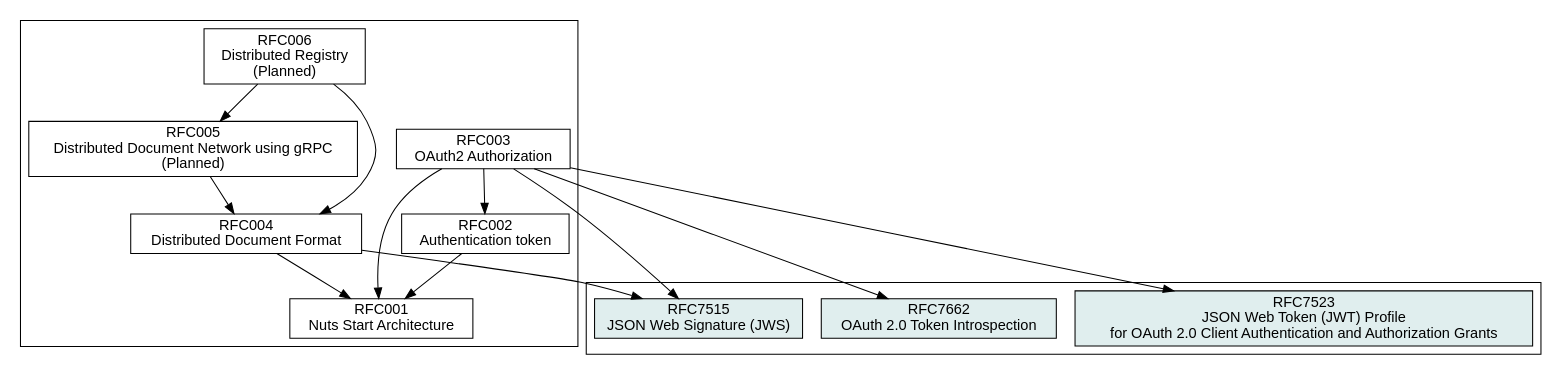
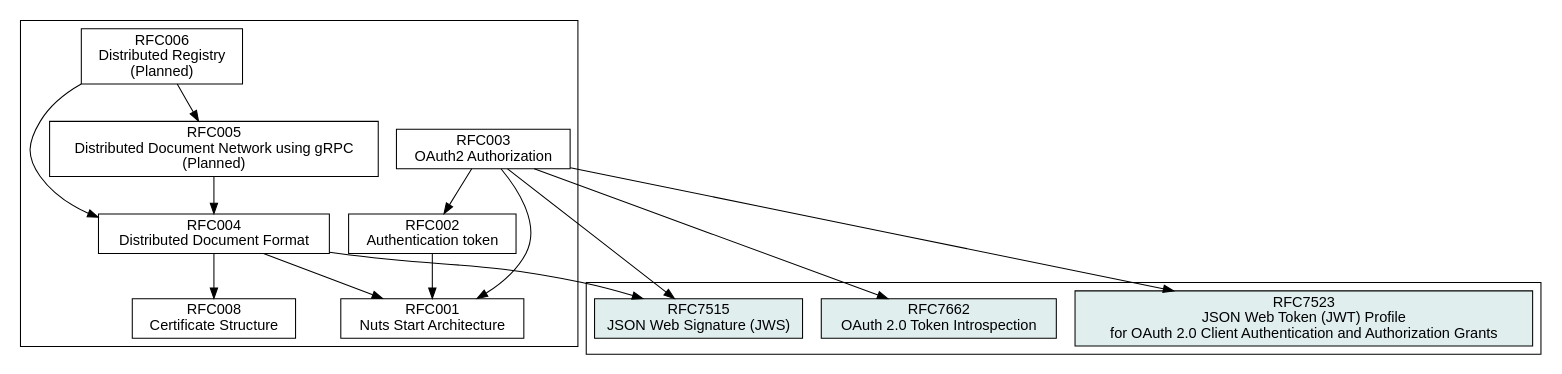
The diagram in images/spec-relations.dot (nuts-foundation/nuts-specification), drawn with Graphviz before and after one commit. The commit also changed 1 other file, not shown here.

Commit message:
Updated dep graph

```diff
--- a/images/spec-relations.dot
+++ b/images/spec-relations.dot
@@ -1,40 +1,42 @@
 digraph D {
     graph [fontname = "helvetica"];
     node [fontname = "helvetica",shape=box];
     edge [fontname = "helvetica"];
     root = RFC001;
     overlap = false;
 
     // Internal RFCs
     subgraph cluster_internal {
         RFC001 [label = "RFC001\nNuts Start Architecture",href = "rfc001-nuts-start-architecture"];
         RFC002 [label = "RFC002\nAuthentication token",href = "rfc002-authentication-token"];
         RFC003 [label = "RFC003\nOAuth2 Authorization",href = "rfc003-oauth2-authorization"];
         RFC004 [label = "RFC004\nDistributed Document Format",href = "rfc004-distributed-document-format"];
         RFC005 [label = "RFC005\nDistributed Document Network using gRPC\n(Planned)",href = "rfc005-distributed-document-network-grpc"];
         RFC006 [label = "RFC006\nDistributed Registry\n(Planned)",href = "rfc006-distributed-registry"];
+        RFC008 [label = "RFC008\nCertificate Structure",href = "rfc008-certificate-structure"];
     }
 
     // External RFCs
     subgraph cluster_external {
         RFC7662_EXT [label = "RFC7662\nOAuth 2.0 Token Introspection", fillcolor=azure2, style=filled, href = "https://tools.ietf.org/html/rfc7662"]
         RFC7523_EXT [label = "RFC7523\nJSON Web Token (JWT) Profile\nfor OAuth 2.0 Client Authentication and Authorization Grants", fillcolor=azure2, style=filled, href = "https://tools.ietf.org/html/rfc7523"]
         RFC7515_EXT [label = "RFC7515\nJSON Web Signature (JWS)", fillcolor=azure2, style=filled, href = "https://tools.ietf.org/html/rfc7515"]
     }
 
     RFC002 -> RFC001
 
     RFC003 -> RFC001
     RFC003 -> RFC002
     RFC003 -> RFC7662_EXT
     RFC003 -> RFC7523_EXT
     RFC003 -> RFC7515_EXT
 
     RFC004 -> RFC001
     RFC004 -> RFC7515_EXT
+    RFC004 -> RFC008
 
     RFC005 -> RFC004
 
     RFC006 -> RFC004
     RFC006 -> RFC005
 }
```
